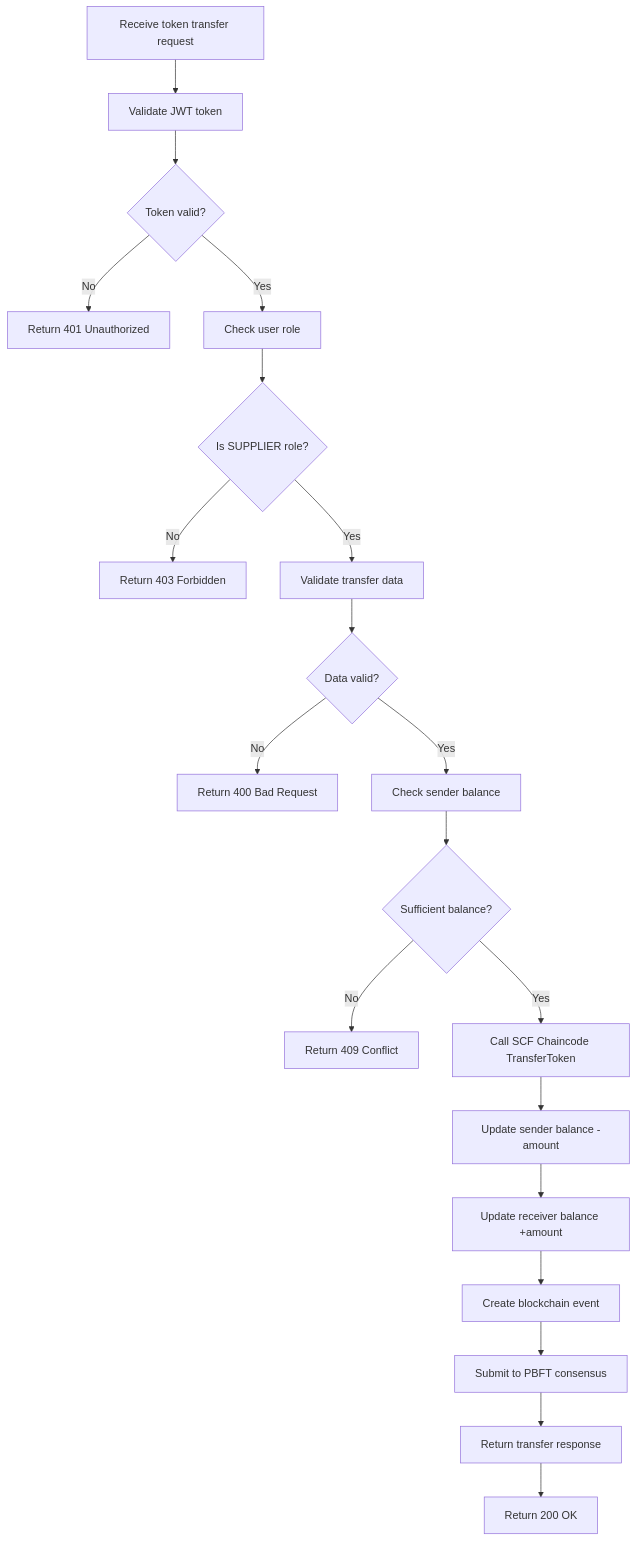
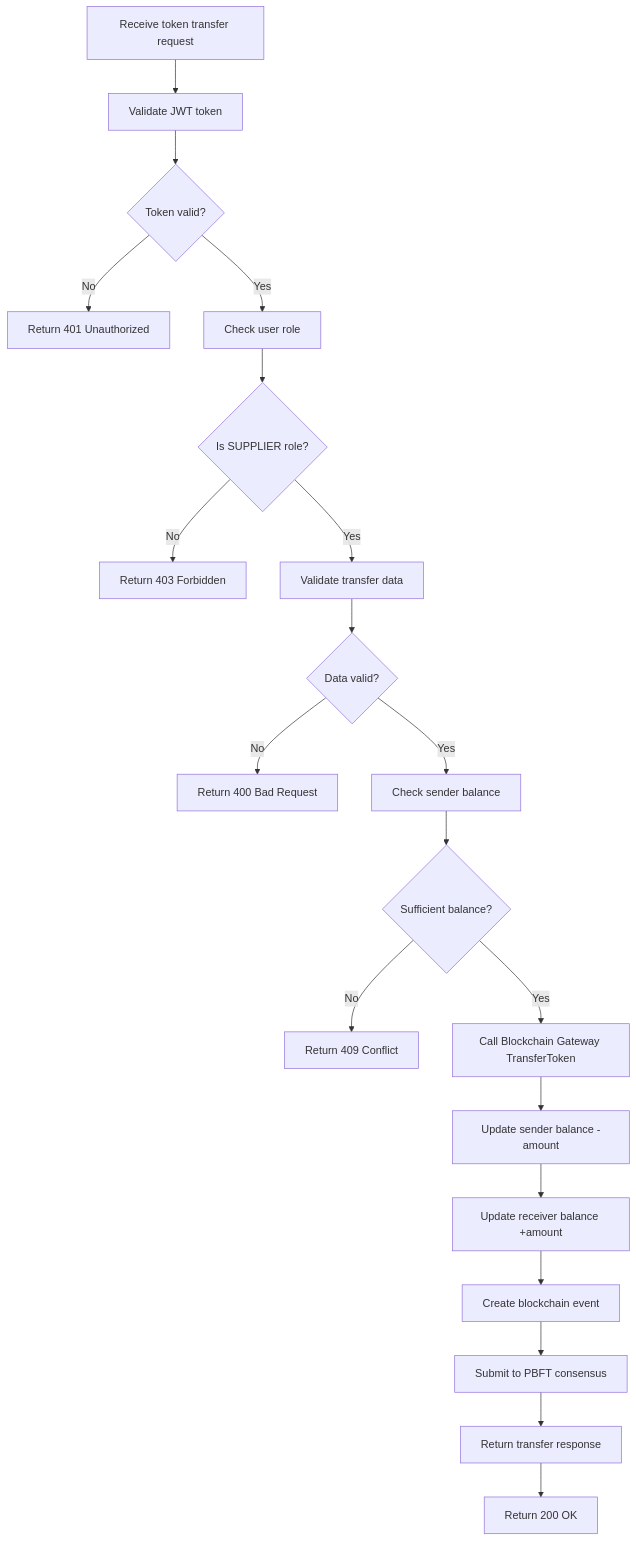
One commit to trunghc97/blockchain changed diagram 17 of 25 in System_Design_Document.md. Above: the diagram before and after it, drawn with Mermaid. The commit also changed other lines of this file and 1 other file, not shown here.

````diff
--- a/System_Design_Document.md
+++ b/System_Design_Document.md
@@ -1246,22 +1674,22 @@
 ```mermaid
 flowchart TD
     A[Receive token transfer request] --> B[Validate JWT token]
     B --> C{Token valid?}
     C -->|No| D[Return 401 Unauthorized]
     C -->|Yes| E[Check user role]
     E --> F{Is SUPPLIER role?}
     F -->|No| G[Return 403 Forbidden]
     F -->|Yes| H[Validate transfer data]
     H --> I{Data valid?}
     I -->|No| J[Return 400 Bad Request]
     I -->|Yes| K[Check sender balance]
     K --> L{Sufficient balance?}
     L -->|No| M[Return 409 Conflict]
-    L -->|Yes| N[Call SCF Chaincode TransferToken]
+    L -->|Yes| N[Call Blockchain Gateway TransferToken]
     N --> O[Update sender balance -amount]
     O --> P[Update receiver balance +amount]
     P --> Q[Create blockchain event]
     Q --> R[Submit to PBFT consensus]
     R --> S[Return transfer response]
     S --> T[Return 200 OK]
 ```
````
